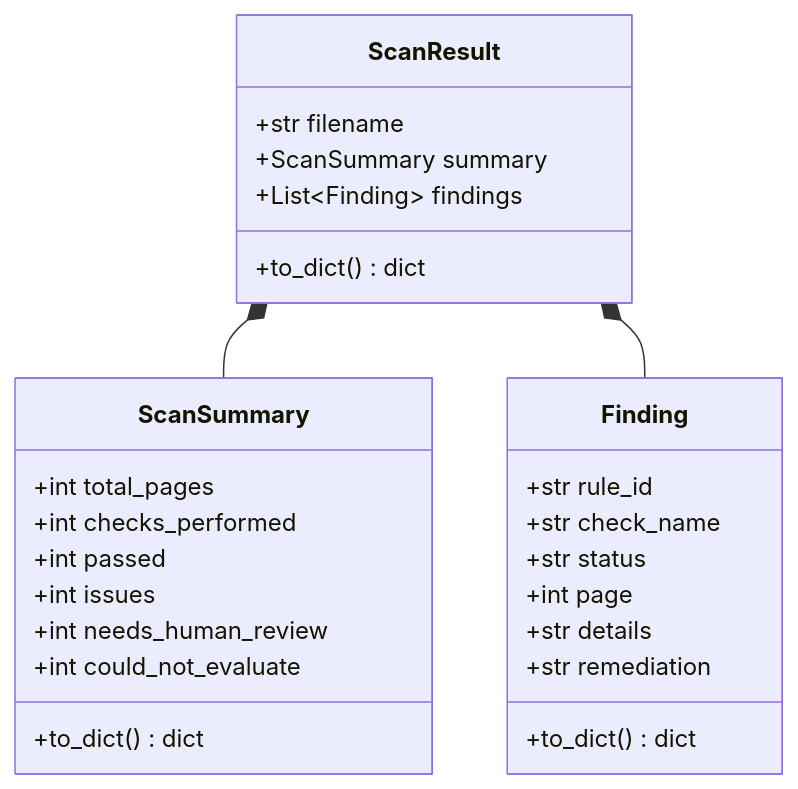
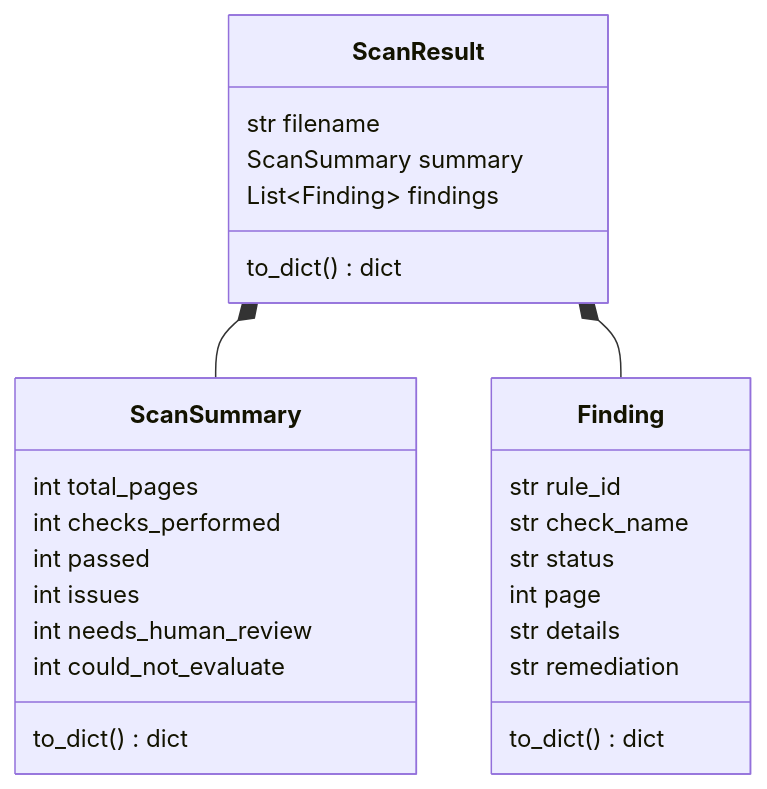
Before and after one commit to ibrahimdiallo8741/ada-pdf-accessibility-checker: the first of 2 diagrams in docs/ARCHITECTURE.md, drawn with Mermaid. The commit also changed other lines of this file and 6 other files, not shown here.

````diff
--- a/docs/ARCHITECTURE.md
+++ b/docs/ARCHITECTURE.md
@@ -55,29 +55,29 @@
 ```mermaid
 classDiagram
     class Finding {
-        +str rule_id
-        +str check_name
-        +str status
-        +int page
-        +str details
-        +str remediation
-        +to_dict() dict
+        str rule_id
+        str check_name
+        str status
+        int page
+        str details
+        str remediation
+        to_dict() dict
     }
     class ScanSummary {
-        +int total_pages
-        +int checks_performed
-        +int passed
-        +int issues
-        +int needs_human_review
-        +int could_not_evaluate
-        +to_dict() dict
+        int total_pages
+        int checks_performed
+        int passed
+        int issues
+        int needs_human_review
+        int could_not_evaluate
+        to_dict() dict
     }
     class ScanResult {
-        +str filename
-        +ScanSummary summary
-        +List~Finding~ findings
-        +to_dict() dict
+        str filename
+        ScanSummary summary
+        List~Finding~ findings
+        to_dict() dict
     }
     ScanResult *-- ScanSummary
     ScanResult *-- Finding
 ```
````
